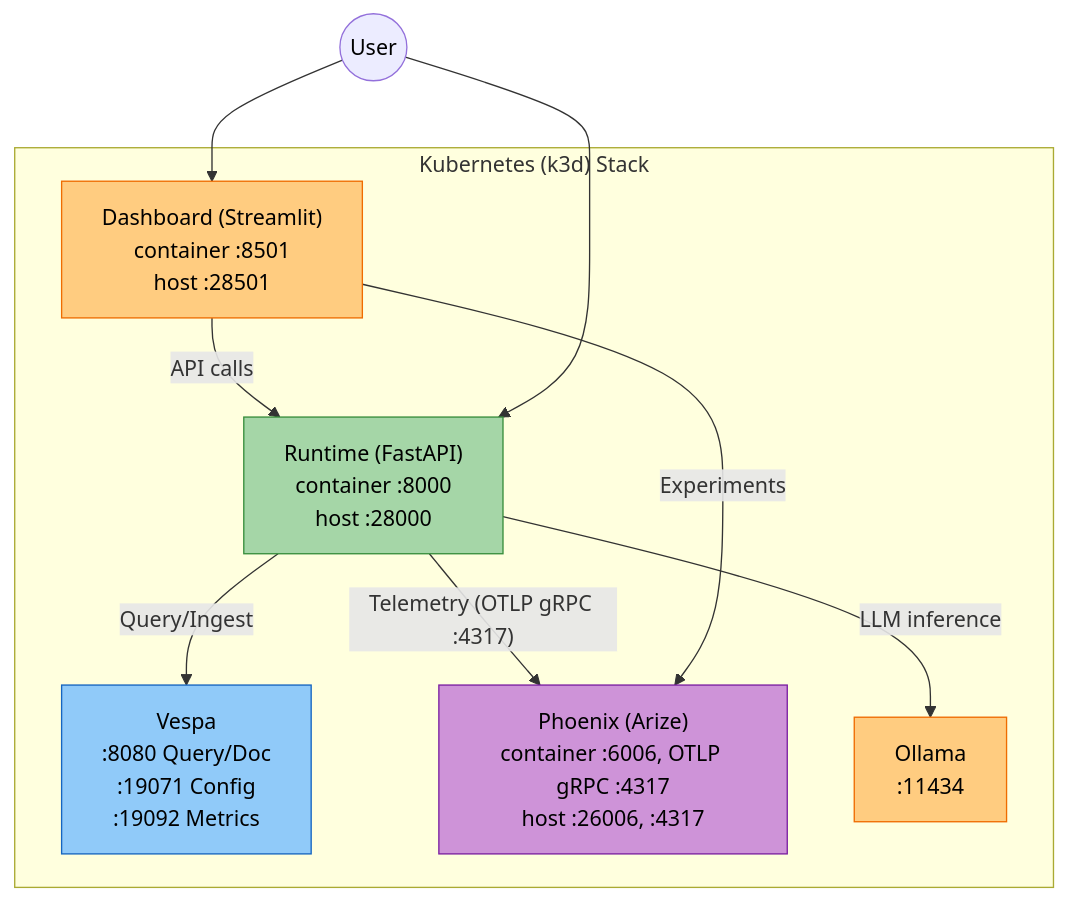
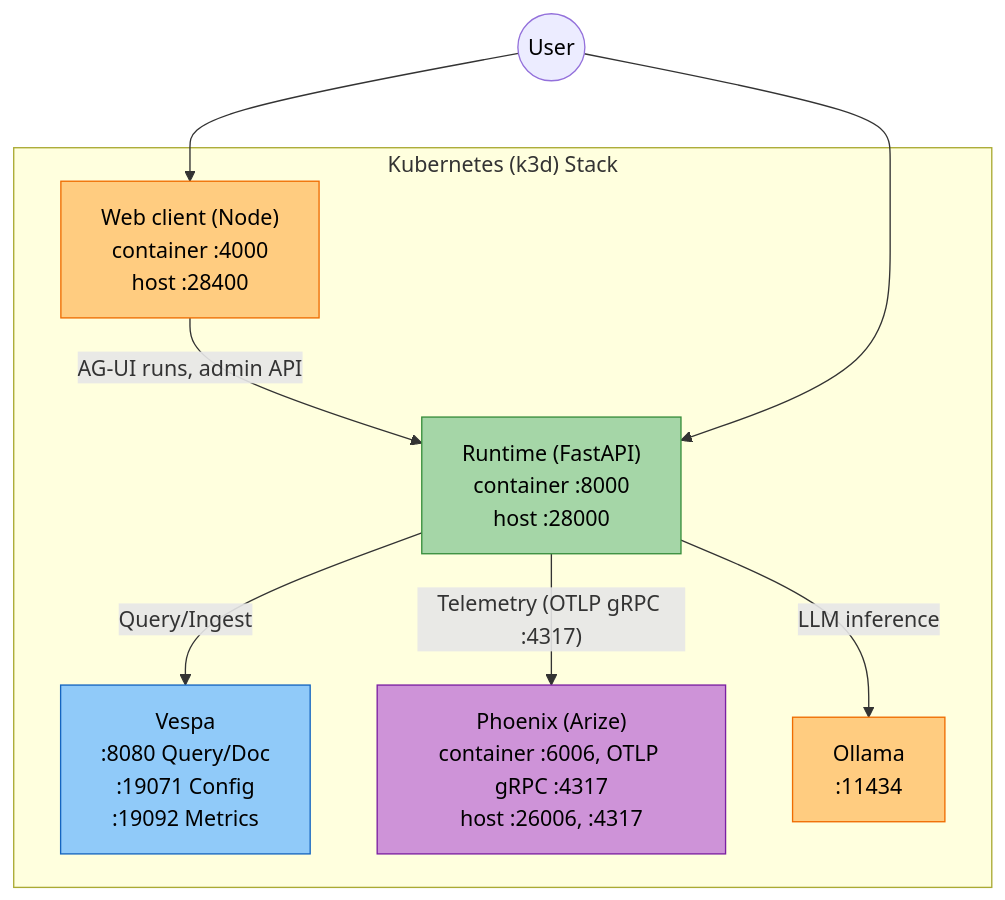
Before and after one commit to amit-jain/cogniverse: the first of 6 diagrams in docs/setup/live-demo-guide.md, drawn with Mermaid. The commit also changed other lines of this file and 22 other files, not shown here.

First line of the commit message:
Point the docs to the web client

````diff
--- a/docs/setup/live-demo-guide.md
+++ b/docs/setup/live-demo-guide.md
@@ -43,25 +43,24 @@
 ```mermaid
 graph TB
     subgraph "Kubernetes (k3d) Stack"
         VESPA["<span style='color:#000'>Vespa<br/>:8080 Query/Doc<br/>:19071 Config<br/>:19092 Metrics</span>"]
         RUNTIME["<span style='color:#000'>Runtime (FastAPI)<br/>container :8000<br/>host :28000</span>"]
-        DASHBOARD["<span style='color:#000'>Dashboard (Streamlit)<br/>container :8501<br/>host :28501</span>"]
+        WEB["<span style='color:#000'>Web client (Node)<br/>container :4000<br/>host :28400</span>"]
         PHOENIX["<span style='color:#000'>Phoenix (Arize)<br/>container :6006, OTLP gRPC :4317<br/>host :26006, :4317</span>"]
         OLLAMA["<span style='color:#000'>Ollama<br/>:11434</span>"]
     end
 
     RUNTIME -->|"Query/Ingest"| VESPA
     RUNTIME -->|"Telemetry (OTLP gRPC :4317)"| PHOENIX
-    DASHBOARD -->|"API calls"| RUNTIME
-    DASHBOARD -->|"Experiments"| PHOENIX
+    WEB -->|"AG-UI runs, admin API"| RUNTIME
     RUNTIME -->|"LLM inference"| OLLAMA
 
-    USER(("<span style='color:#000'>User</span>")) --> DASHBOARD
+    USER(("<span style='color:#000'>User</span>")) --> WEB
     USER --> RUNTIME
 
     style VESPA fill:#90caf9,stroke:#1565c0,color:#000
     style RUNTIME fill:#a5d6a7,stroke:#388e3c,color:#000
-    style DASHBOARD fill:#ffcc80,stroke:#ef6c00,color:#000
+    style WEB fill:#ffcc80,stroke:#ef6c00,color:#000
     style PHOENIX fill:#ce93d8,stroke:#7b1fa2,color:#000
     style OLLAMA fill:#ffcc80,stroke:#ef6c00,color:#000
 ```
````
